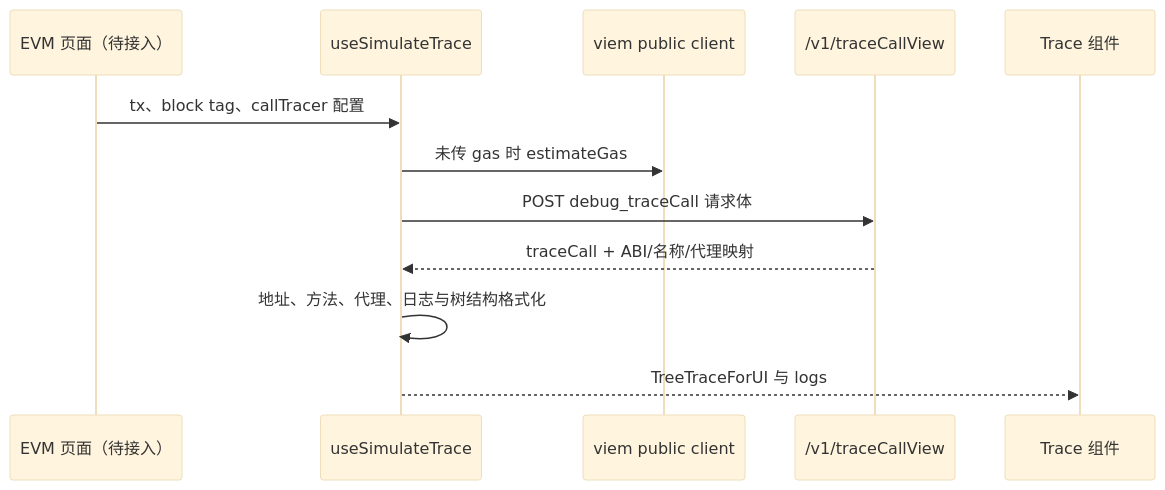
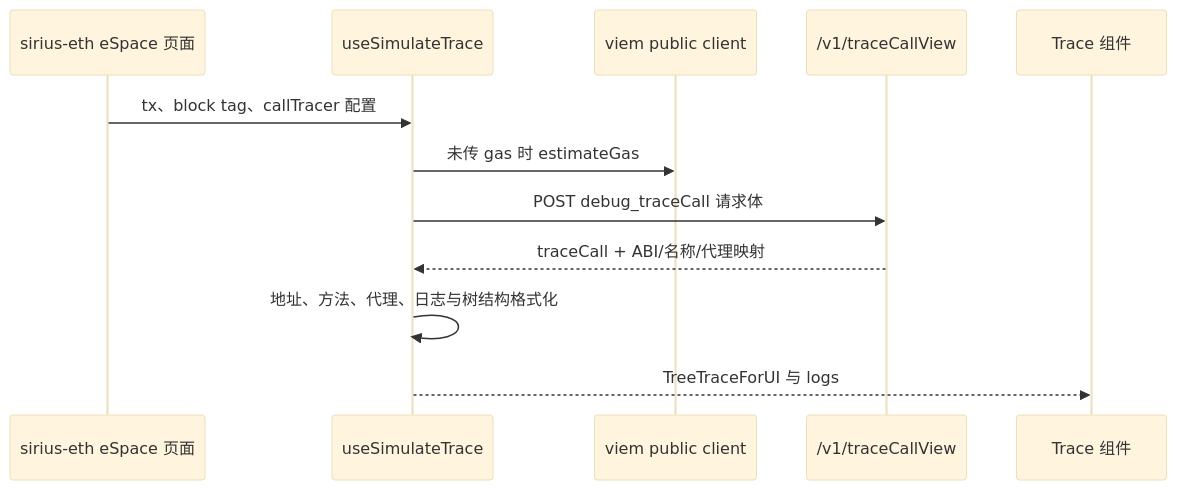
The second of 2 diagrams in docs/ARCHITECTURE.md (Conflux-Chain/sirius-next), drawn with Mermaid (base theme) before and after one commit. The commit also changed other lines of this file and 32 other files, not shown here.

````diff
--- a/docs/ARCHITECTURE.md
+++ b/docs/ARCHITECTURE.md
@@ -164,14 +212,14 @@
 ```mermaid
 sequenceDiagram
-  participant Page as EVM 页面（待接入）
+  participant Page as sirius-eth eSpace 页面
   participant Hook as useSimulateTrace
   participant SDK as viem public client
   participant API as /v1/traceCallView
   participant UI as Trace 组件
   Page->>Hook: tx、block tag、callTracer 配置
   Hook->>SDK: 未传 gas 时 estimateGas
   Hook->>API: POST debug_traceCall 请求体
   API-->>Hook: traceCall + ABI/名称/代理映射
   Hook->>Hook: 地址、方法、代理、日志与树结构格式化
   Hook-->>UI: TreeTraceForUI 与 logs
 ```
````
